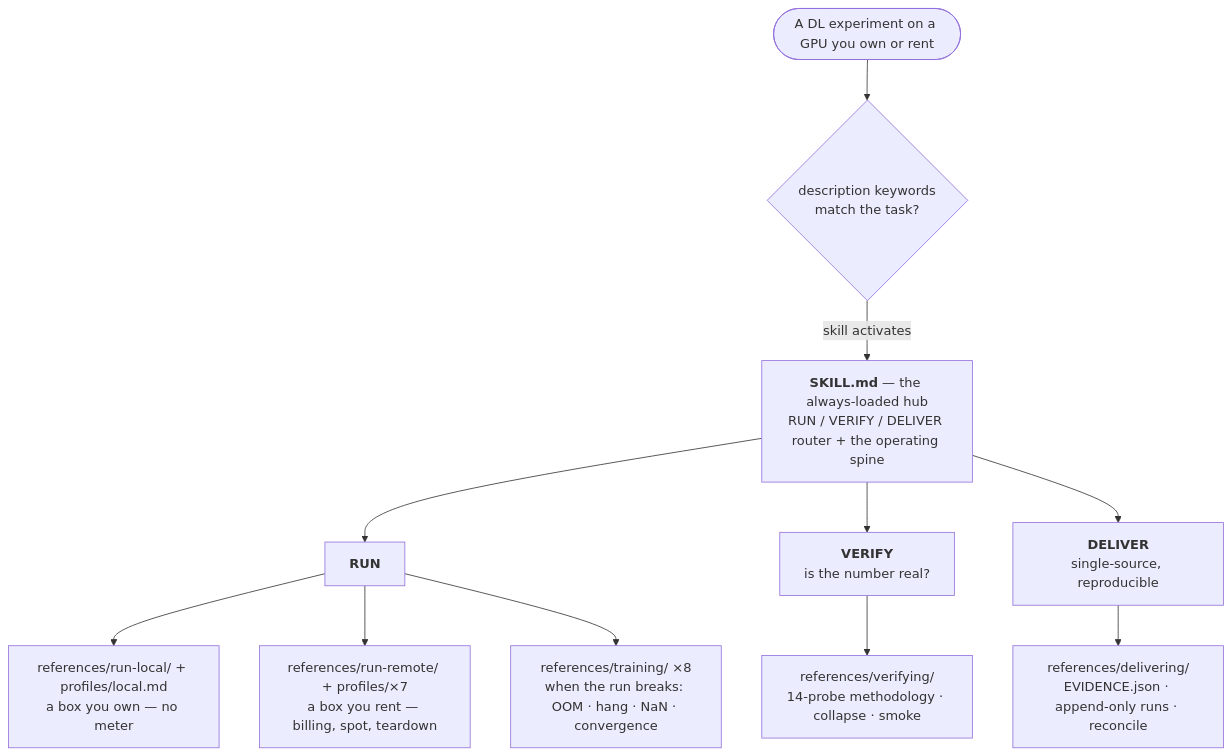
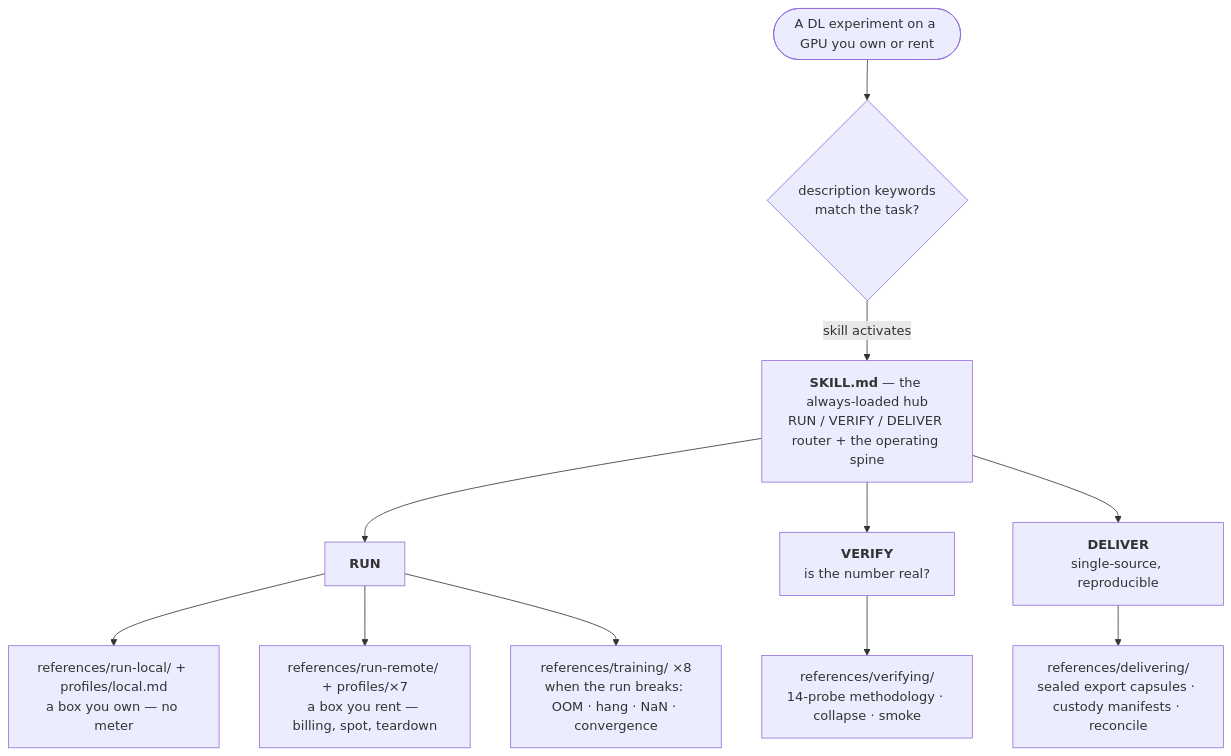
Before and after one commit to Hanyuyuan6/remote-gpu-trainer: the first of 2 diagrams in README.md, drawn with Mermaid. The commit also changed other lines of this file and 21 other files, not shown here.

````diff
--- a/README.md
+++ b/README.md
@@ -40,15 +40,15 @@
 ```mermaid
 flowchart TD
     TASK(["A DL experiment on a GPU you own or rent"])
     TASK --> MATCH{"description keywords<br/>match the task?"}
     MATCH -->|skill activates| HUB
     HUB["<b>SKILL.md</b> — the always-loaded hub<br/>RUN / VERIFY / DELIVER router + the operating spine"]
     HUB --> RUN["<b>RUN</b>"]
     HUB --> VER["<b>VERIFY</b><br/>is the number real?"]
     HUB --> DEL["<b>DELIVER</b><br/>single-source, reproducible"]
     RUN --> RL["references/run-local/ + profiles/local.md<br/>a box you own — no meter"]
     RUN --> RR["references/run-remote/ + profiles/×7<br/>a box you rent — billing, spot, teardown"]
     RUN --> TR["references/training/ ×8<br/>when the run breaks: OOM · hang · NaN · convergence"]
     VER --> VM["references/verifying/<br/>14-probe methodology · collapse · smoke"]
-    DEL --> DM["references/delivering/<br/>EVIDENCE.json · append-only runs · reconcile"]
+    DEL --> DM["references/delivering/<br/>sealed export capsules · custody manifests · reconcile"]
 ```
````
